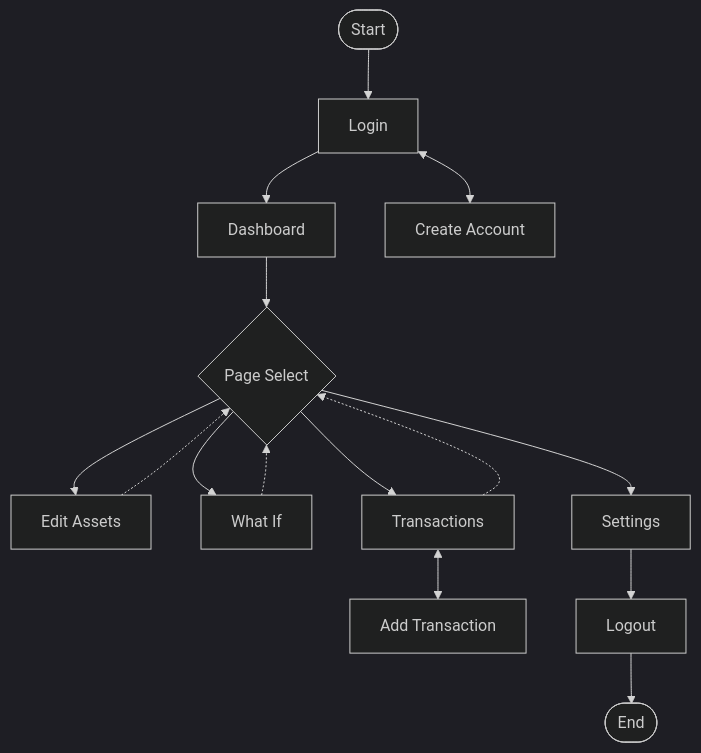
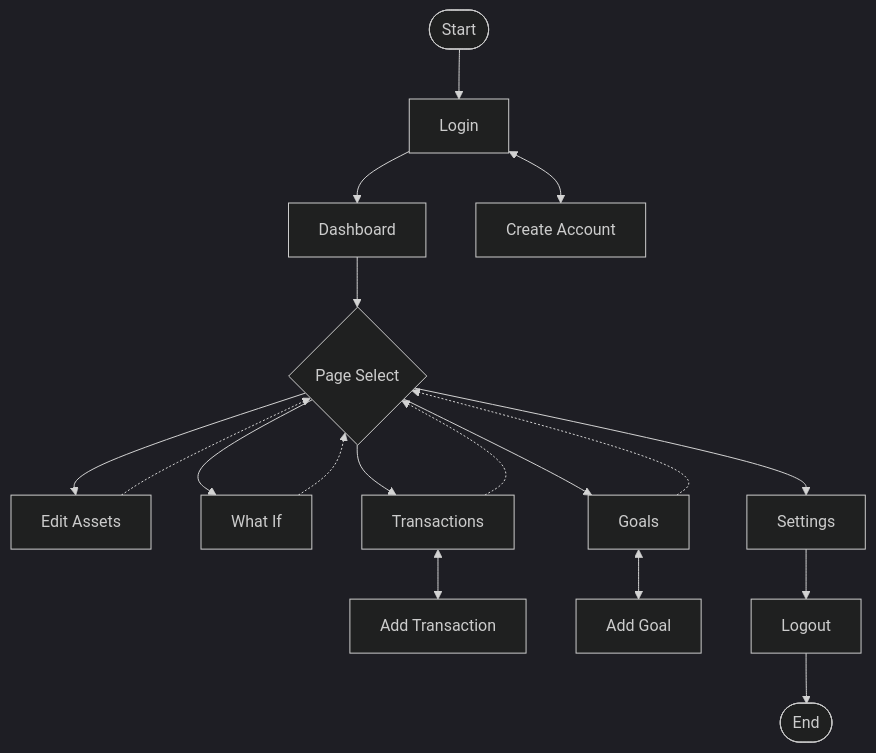
The second of 2 diagrams in README.md (sethkietz01/BudgetingApp), drawn with Mermaid (dark theme) before and after one commit.

Commit message:
Revise flowchart in README.md
Updated flowchart to include Goals and Add Goal actions.

````diff
--- a/README.md
+++ b/README.md
@@ -155,26 +155,24 @@
 ```mermaid
 graph TD
-    %% Main Flow (The 'Happy Path')
     Start([Start]) --> Login[Login]
     Login --> Dash[Dashboard]
     Dash --> Page{Page Select}
     
-    %% Forward Navigation
     Page --> Edit[Edit Assets]
     Page --> WI[What If]
     Page --> Trans[Transactions]
+    Page --> Goals[Goals]
     Page --> Set[Settings]
     
-    %% Secondary Actions
     Login <--> Create[Create Account]
-    Trans <--> Add[Add Transaction]
+    Trans <--> AddTrans[Add Transaction]
+    Goals <--> AddGoal[Add Goal]
     
-    %% Exit Path
     Set --> Out[Logout]
     Out --> End([End])
 
-    %% Return Loops
     Edit -.-> Page
     WI -.-> Page
     Trans -.-> Page
+    Goals -.-> Page
 ```
````
